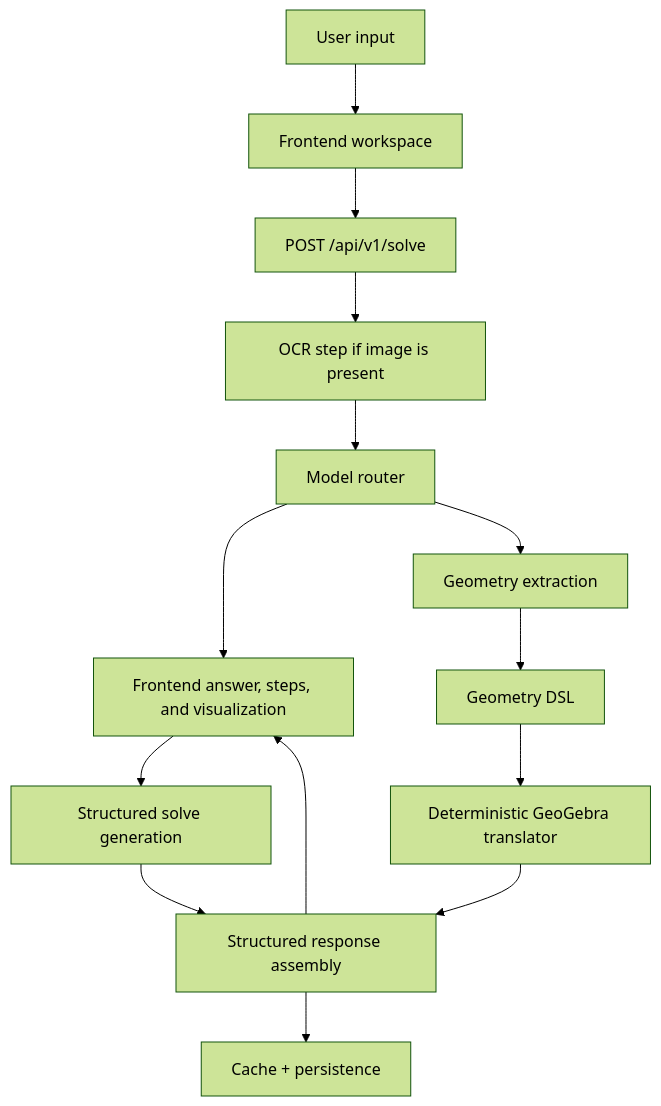
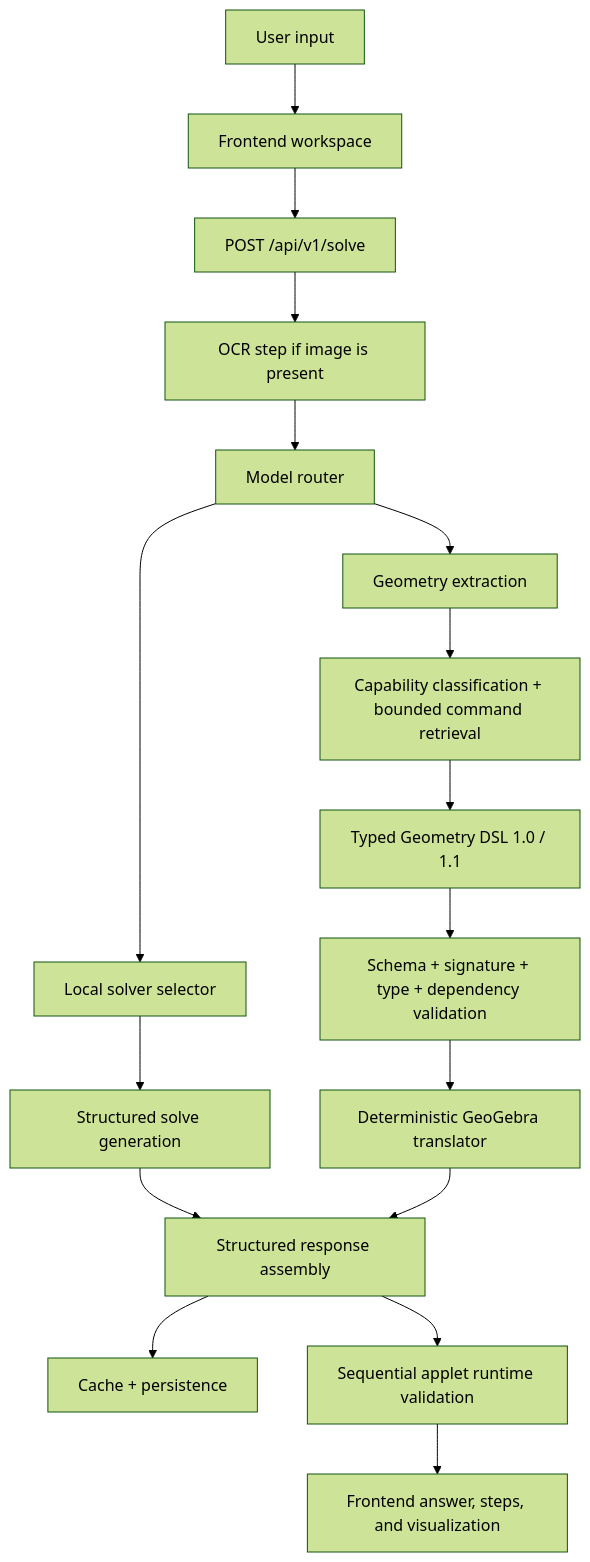
One commit to adamtcprods/intomath changed the diagram in docs/ARCHITECTURE.md. Above: the diagram before and after it, drawn with Mermaid (forest theme). The commit also changed other lines of this file and 1631 other files, not shown here.

Commit message:
Replace OpenRouter integration with Llama-based solving, significantly update geometry extraction, translation, routing, schemas, tests, and frontend solver visualization. Documentation was revised, while bundled GeoGebra documentation/assets and obsolete tests were removed.

````diff
--- a/docs/ARCHITECTURE.md
+++ b/docs/ARCHITECTURE.md
@@ -17,16 +17,19 @@
 ```mermaid
 flowchart TD
     A[User input] --> B[Frontend workspace]
     B --> C[POST /api/v1/solve]
     C --> D[OCR step if image is present]
     D --> E[Model router]
     E --> L[Local solver selector]
     L --> F[Structured solve generation]
     E --> G[Geometry extraction]
-    G --> H[Geometry DSL]
-    H --> I[Deterministic GeoGebra translator]
+    G --> H[Capability classification + bounded command retrieval]
+    H --> I[Typed Geometry DSL 1.0 / 1.1]
+    I --> V[Schema + signature + type + dependency validation]
+    V --> T[Deterministic GeoGebra translator]
     F --> J[Structured response assembly]
-    I --> J
+    T --> J
     J --> K[Cache + persistence]
-    J --> L[Frontend answer, steps, and visualization]
+    J --> R[Sequential applet runtime validation]
+    R --> U[Frontend answer, steps, and visualization]
 ```
````
